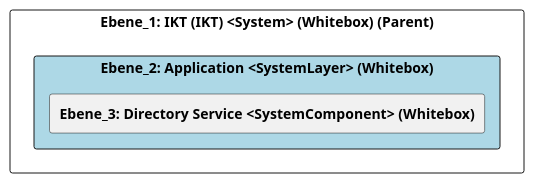
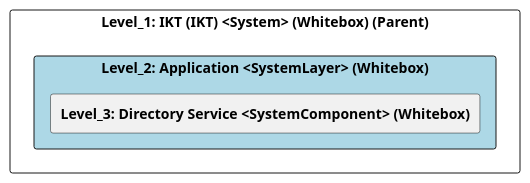
One commit to marcozwyssig/cleon changed the diagram in src/cleon.architecturemethods.arc42.sample/doc/cleon_architecturemethods_arc42_sample_system/adoc/de/05_bausteinsicht/ikt/application/ebene_2_application.adoc. Above: the diagram before and after it, drawn with PlantUML. The commit also changed other lines of this file and 169 other files, not shown here.

```diff
--- a/src/cleon.architecturemethods.arc42.sample/doc/cleon_architecturemethods_arc42_sample_system/adoc/de/05_bausteinsicht/ikt/application/ebene_2_application.adoc
+++ b/src/cleon.architecturemethods.arc42.sample/doc/cleon_architecturemethods_arc42_sample_system/adoc/de/05_bausteinsicht/ikt/application/ebene_2_application.adoc
@@ -24,24 +24,24 @@
-[plantuml, Ebene_2: Application <SystemLayer> (Whitebox)BlockOverview, format="svg"]
+[plantuml, Level_2: Application <SystemLayer> (Whitebox)BlockOverview, format="svg"]
 ----
-@startuml Ebene_2: Application <SystemLayer> (Whitebox)BuildingBlockOverview
+@startuml Level_2: Application <SystemLayer> (Whitebox)BuildingBlockOverview
 
 skinparam ranksep 10
 skinparam componentStyle rectangle
 skinparam shadowing false
 skinparam arrowColor lightblue
 skinparam arrowThickness 1.2
 skinparam rectangle {
   BackgroundColor White
   BorderColor #333
   RoundCorner 10
 }
 top to bottom direction
 
-component "Ebene_1: IKT (IKT) <System> (Whitebox) (Parent)" {
-    component "Ebene_2: Application <SystemLayer> (Whitebox)" #lightblue {
-        [**Ebene_3: Directory Service <SystemComponent> (Whitebox)**] as 88301D91_219A_11F0_83AE_DF5418A109A4
+component "Level_1: IKT (IKT) <System> (Whitebox) (Parent)" {
+    component "Level_2: Application <SystemLayer> (Whitebox)" #lightblue {
+        [**Level_3: Directory Service <SystemComponent> (Whitebox)**] as 88301D91_219A_11F0_83AE_DF5418A109A4
     }
 }
 
 @enduml
 ----
```
